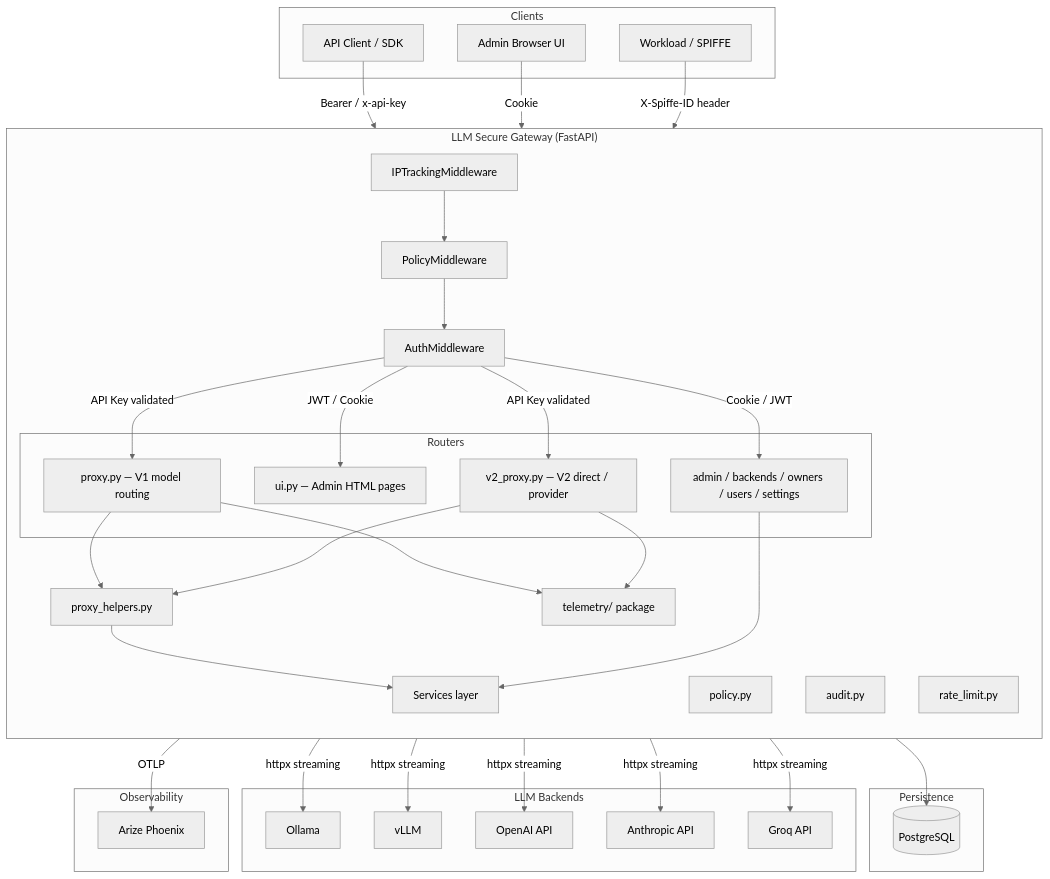
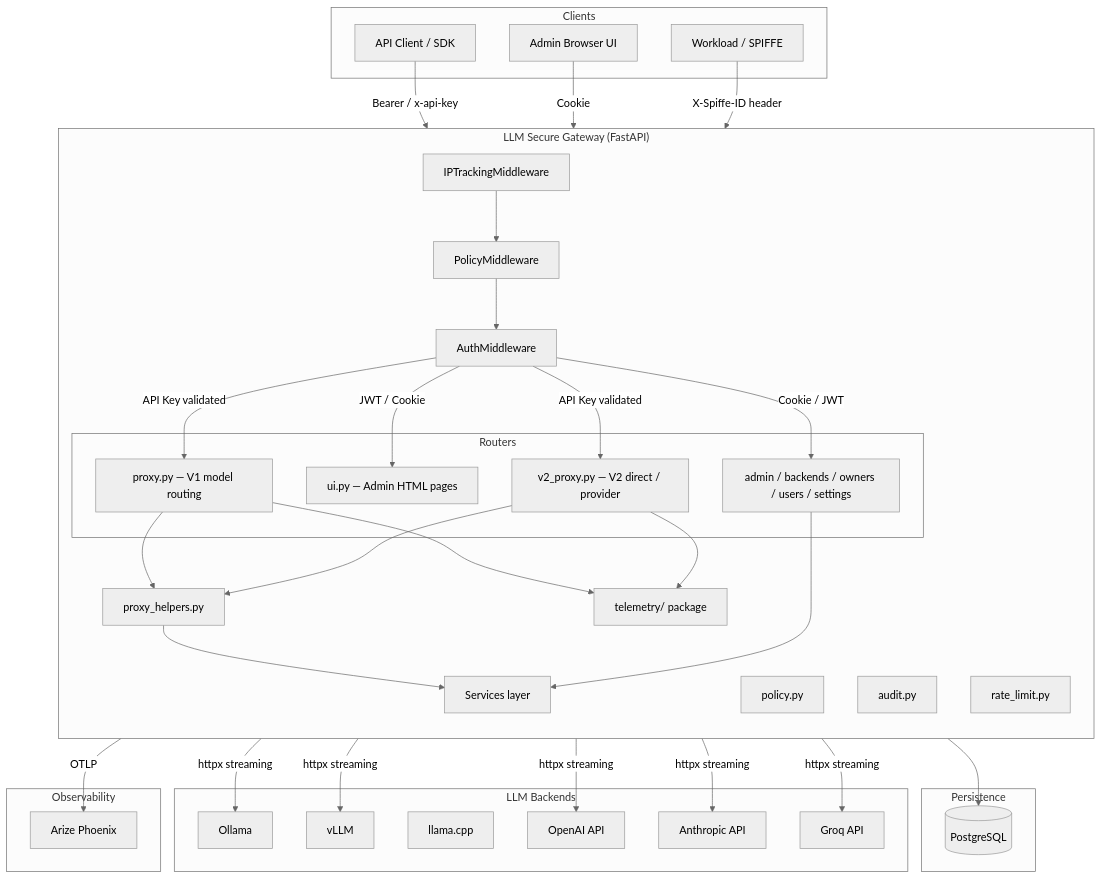
The first of 3 diagrams in docs/ARCHITECTURE.md (deziss/llm-secure-gateway), drawn with Mermaid (neutral theme) before and after one commit. The commit also changed other lines of this file and 20 other files, not shown here.

Commit message:
feat: release v0.9.0 - llama.cpp support, granular model resilience, and full documentation

````diff
--- a/docs/ARCHITECTURE.md
+++ b/docs/ARCHITECTURE.md
@@ -11,72 +11,73 @@
 ```mermaid
 graph TB
     subgraph "Clients"
         SDK[API Client / SDK]
         UI[Admin Browser UI]
         WL[Workload / SPIFFE]
     end
 
     subgraph "LLM Secure Gateway  (FastAPI)"
         direction TB
         IP[IPTrackingMiddleware]
         PM[PolicyMiddleware]
         AM[AuthMiddleware]
 
         subgraph "Routers"
             PROXY[proxy.py — V1 model routing]
             V2[v2_proxy.py — V2 direct / provider]
             ADM[admin / backends / owners / users / settings]
             UI_R[ui.py — Admin HTML pages]
         end
 
         PH[proxy_helpers.py]
         SVC[Services layer]
         POL[policy.py]
         AUD[audit.py]
         RL[rate_limit.py]
         TEL[telemetry/ package]
     end
 
     subgraph "Persistence"
         PG[(PostgreSQL)]
     end
 
     subgraph "LLM Backends"
         OL[Ollama]
         VL[vLLM]
+        LLC[llama.cpp]
         OAI[OpenAI API]
         ANT[Anthropic API]
         GRQ[Groq API]
     end
 
     subgraph "Observability"
         PHX[Arize Phoenix]
     end
 
     SDK -->|Bearer / x-api-key| IP
     UI  -->|Cookie| IP
     WL  -->|X-Spiffe-ID header| IP
 
     IP --> PM --> AM
 
     AM -->|JWT / Cookie| UI_R
     AM -->|API Key validated| PROXY
     AM -->|API Key validated| V2
     AM -->|Cookie / JWT| ADM
 
     PROXY --> PH
     V2    --> PH
     PH    --> SVC
     SVC   --> PG
 
     PROXY -->|httpx streaming| OL
     PROXY -->|httpx streaming| VL
     PROXY -->|httpx streaming| OAI
     V2    -->|httpx streaming| ANT
     V2    -->|httpx streaming| GRQ
 
     TEL -->|OTLP| PHX
     PROXY --> TEL
     V2    --> TEL
     ADM   --> SVC
 ```
````
